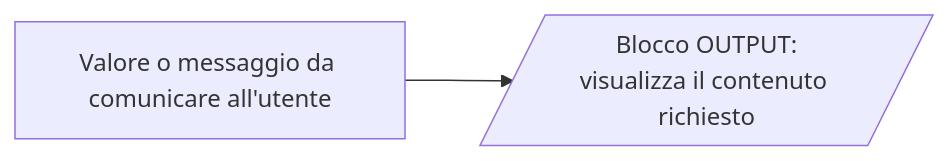
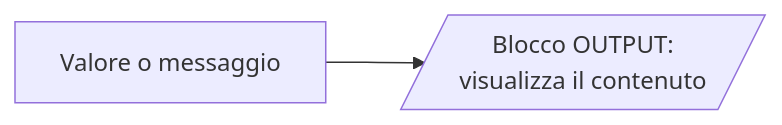
The fourth of 7 diagrams in docs/algocoding/01_flowgorithm.md (Federob/infohandouts), drawn with Mermaid before and after one commit. The commit also changed other lines of this file, not shown here.

````diff
--- a/docs/algocoding/01_flowgorithm.md
+++ b/docs/algocoding/01_flowgorithm.md
@@ -74,4 +71,4 @@
 ```mermaid
 flowchart LR
-    A["Valore o messaggio da comunicare all'utente"] --> B[/"Blocco OUTPUT:<br/>visualizza il contenuto richiesto"/]
+    A["Valore o messaggio"] --> B[/"Blocco OUTPUT:<br/>visualizza il contenuto"/]
 ```
````
